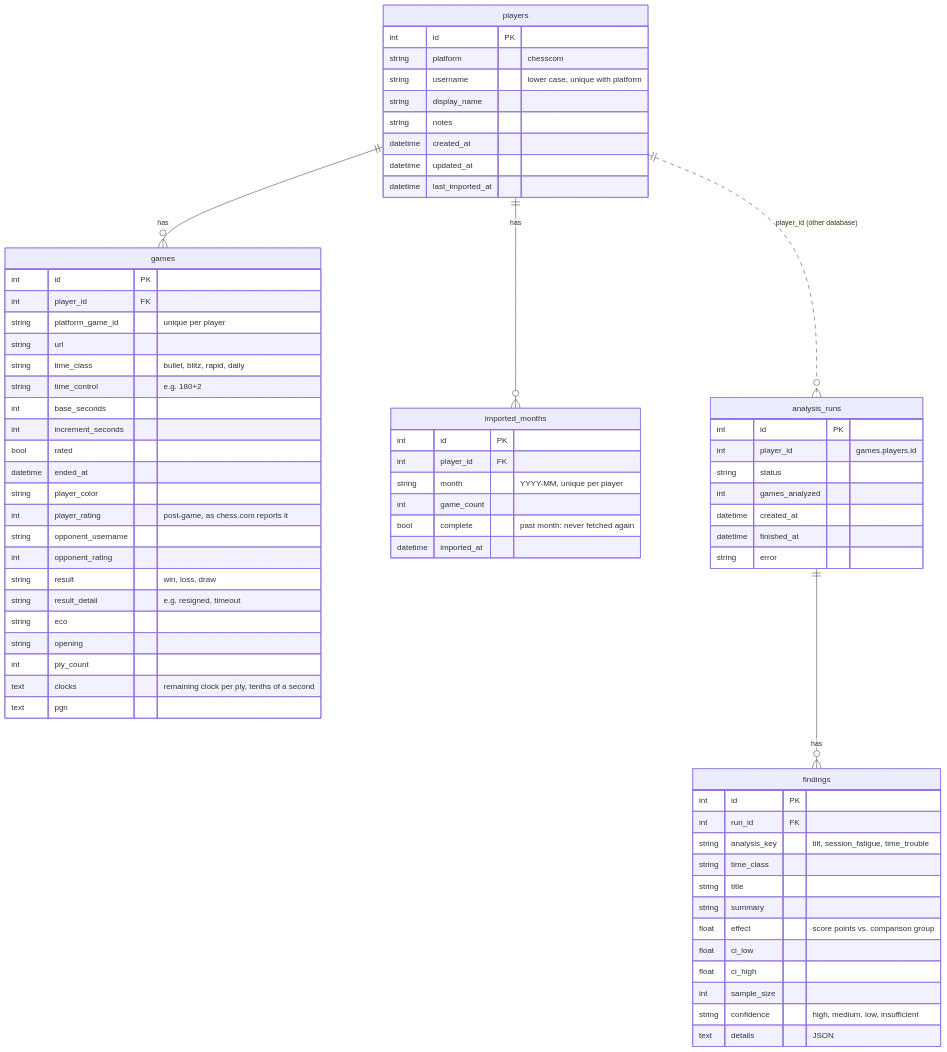
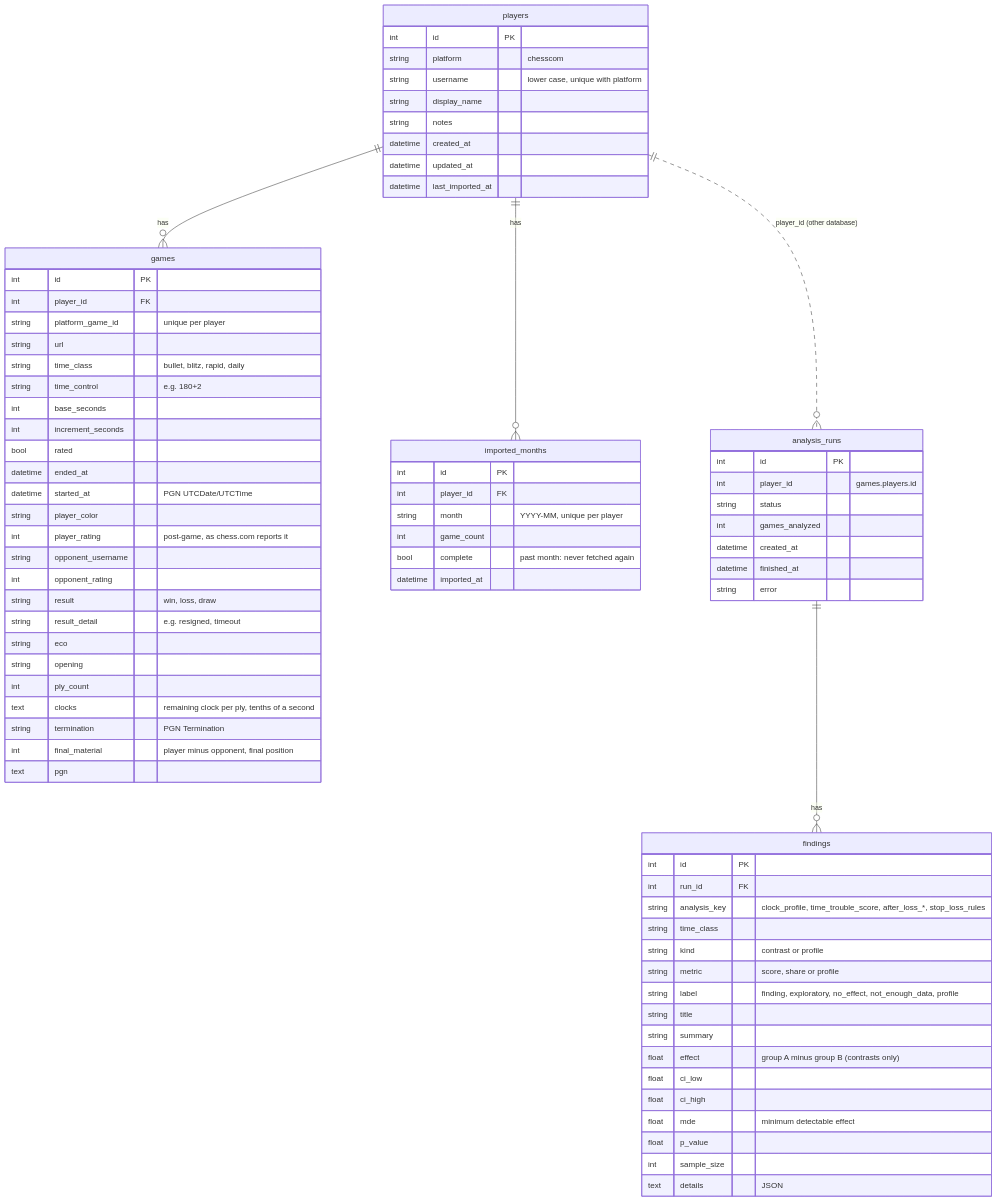
One commit to christophrrrrr/chess-habits changed the diagram in docs/data-model.md. Above: the diagram before and after it, drawn with Mermaid. The commit also changed 44 other files, not shown here.

First line of the commit message:
MVP analyses from the research: clock profile and after-loss cards

````diff
--- a/docs/data-model.md
+++ b/docs/data-model.md
@@ -10,72 +10,79 @@
 ```mermaid
 erDiagram
     players ||--o{ games : "has"
     players ||--o{ imported_months : "has"
     analysis_runs ||--o{ findings : "has"
     players ||..o{ analysis_runs : "player_id (other database)"
 
     players {
         int id PK
         string platform "chesscom"
         string username "lower case, unique with platform"
         string display_name
         string notes
         datetime created_at
         datetime updated_at
         datetime last_imported_at
     }
     imported_months {
         int id PK
         int player_id FK
         string month "YYYY-MM, unique per player"
         int game_count
         bool complete "past month: never fetched again"
         datetime imported_at
     }
     games {
         int id PK
         int player_id FK
         string platform_game_id "unique per player"
         string url
         string time_class "bullet, blitz, rapid, daily"
         string time_control "e.g. 180+2"
         int base_seconds
         int increment_seconds
         bool rated
         datetime ended_at
+        datetime started_at "PGN UTCDate/UTCTime"
         string player_color
         int player_rating "post-game, as chess.com reports it"
         string opponent_username
         int opponent_rating
         string result "win, loss, draw"
         string result_detail "e.g. resigned, timeout"
         string eco
         string opening
         int ply_count
         text clocks "remaining clock per ply, tenths of a second"
+        string termination "PGN Termination"
+        int final_material "player minus opponent, final position"
         text pgn
     }
     analysis_runs {
         int id PK
         int player_id "games.players.id"
         string status
         int games_analyzed
         datetime created_at
         datetime finished_at
         string error
     }
     findings {
         int id PK
         int run_id FK
-        string analysis_key "tilt, session_fatigue, time_trouble"
+        string analysis_key "clock_profile, time_trouble_score, after_loss_*, stop_loss_rules"
         string time_class
+        string kind "contrast or profile"
+        string metric "score, share or profile"
+        string label "finding, exploratory, no_effect, not_enough_data, profile"
         string title
         string summary
-        float effect "score points vs. comparison group"
+        float effect "group A minus group B (contrasts only)"
         float ci_low
         float ci_high
+        float mde "minimum detectable effect"
+        float p_value
         int sample_size
-        string confidence "high, medium, low, insufficient"
         text details "JSON"
     }
 ```
````
